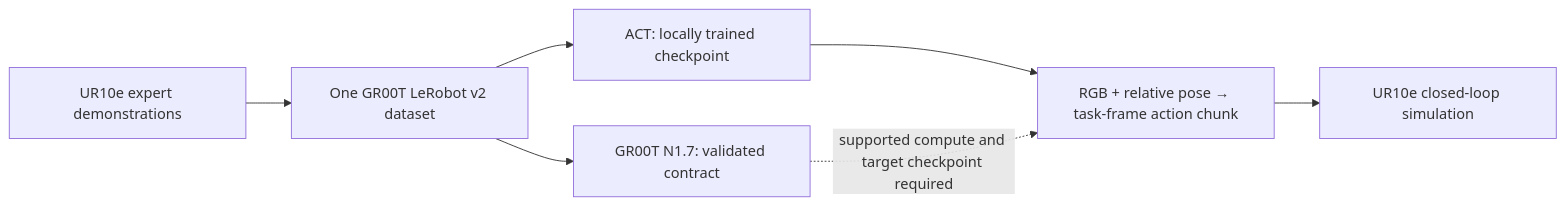
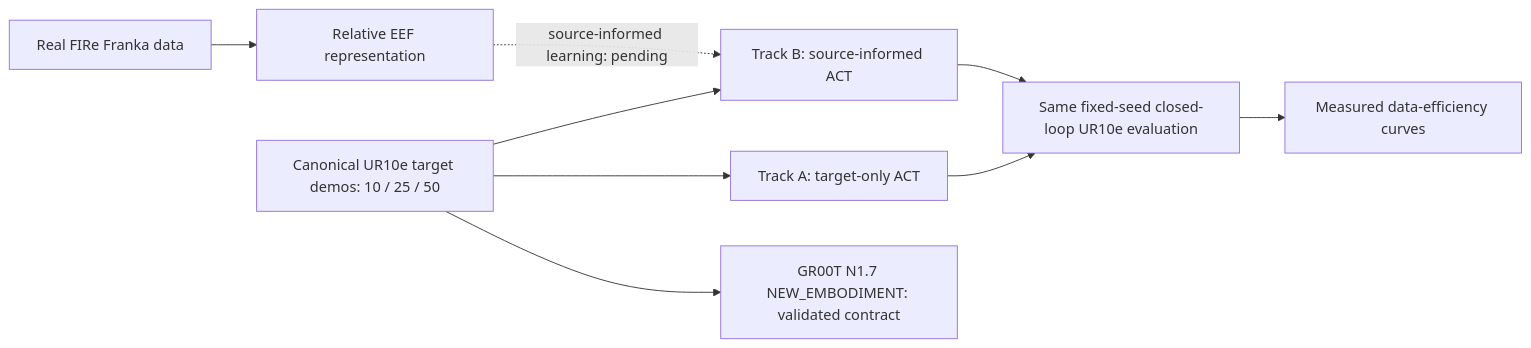
Before and after one commit to sionchu/cross-embodiment-robot-transfer: the diagram in README.md, drawn with Mermaid. The commit also changed other lines of this file and 10 other files, not shown here.

Commit message:
docs: make real-source data efficiency the canonical research goal

````diff
--- a/README.md
+++ b/README.md
@@ -9,9 +17,11 @@
 ```mermaid
 flowchart LR
-  E[UR10e expert demonstrations] --> D[One GR00T LeRobot v2 dataset]
-  D --> A[ACT: locally trained checkpoint]
-  D --> G[GR00T N1.7: validated contract]
-  A --> I[RGB + relative pose → task-frame action chunk]
-  G -. supported compute and target checkpoint required .-> I
-  I --> S[UR10e closed-loop simulation]
+  F[Real FIRe Franka data] --> R[Relative EEF representation]
+  R -. source-informed learning: pending .-> B[Track B: source-informed ACT]
+  D[Canonical UR10e target demos: 10 / 25 / 50] --> B
+  D --> A[Track A: target-only ACT]
+  A --> E[Same fixed-seed closed-loop UR10e evaluation]
+  B --> E
+  E --> C[Measured data-efficiency curves]
+  D --> G[GR00T N1.7 NEW_EMBODIMENT: validated contract]
 ```
````
